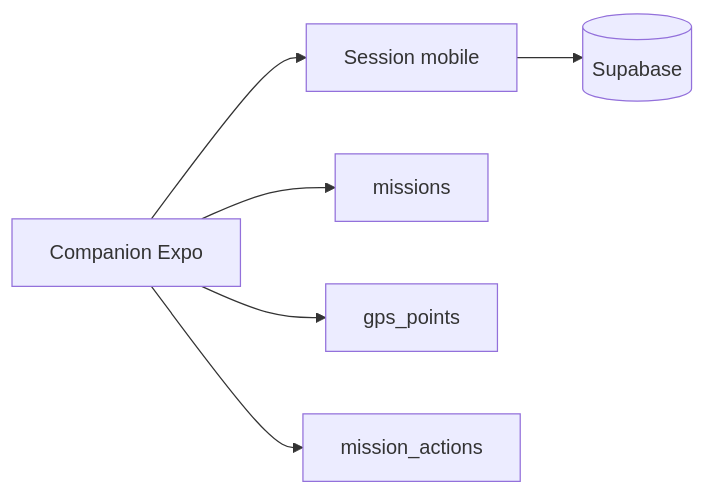
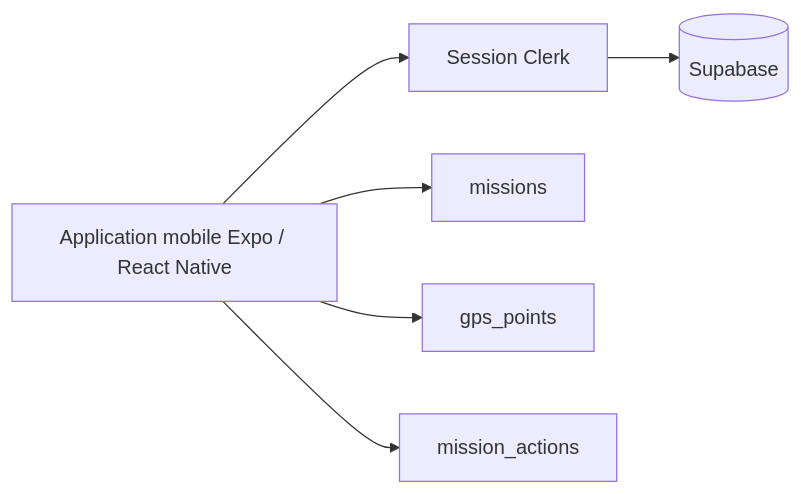
One commit to maxd4/CleanmyMap changed the third of 3 diagrams in documentation/architecture/system-overview.md. Above: the diagram before and after it, drawn with Mermaid. The commit also changed other lines of this file and 14 other files, not shown here.

Commit message:
docs: align monorepo web and mobile architecture

````diff
--- a/documentation/architecture/system-overview.md
+++ b/documentation/architecture/system-overview.md
@@ -54,8 +55,8 @@
 ```mermaid
 flowchart LR
-  APP[Companion Expo] --> AUTH[Session mobile]
+  APP[Application mobile Expo / React Native] --> AUTH[Session Clerk]
   AUTH --> SB[(Supabase)]
   APP --> M[missions]
   APP --> GPS[gps_points]
   APP --> ACT[mission_actions]
 ```
````
